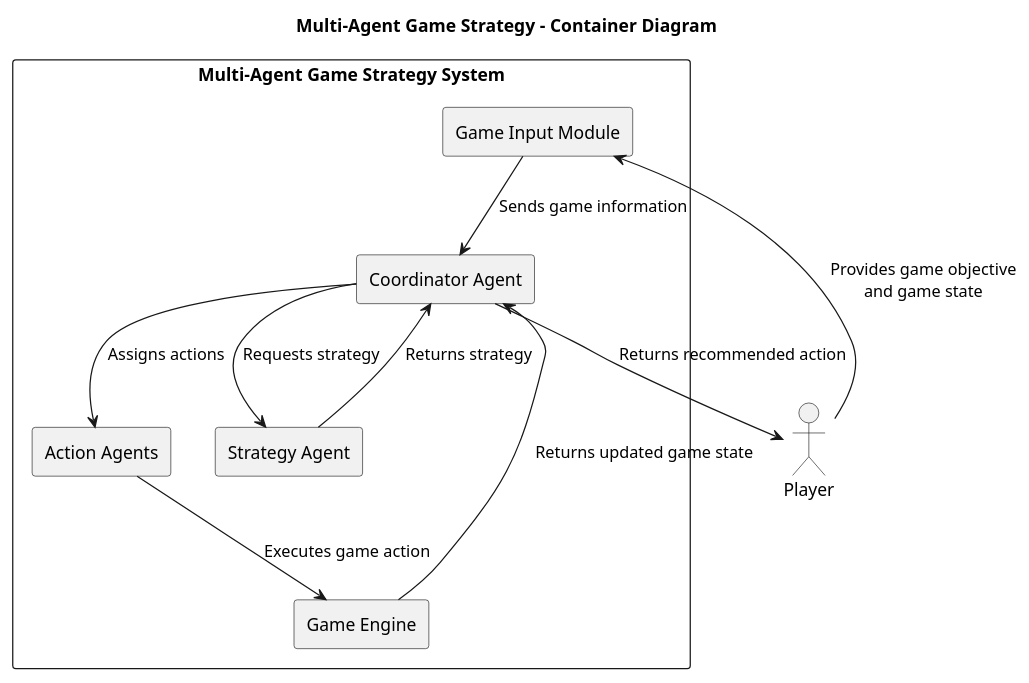
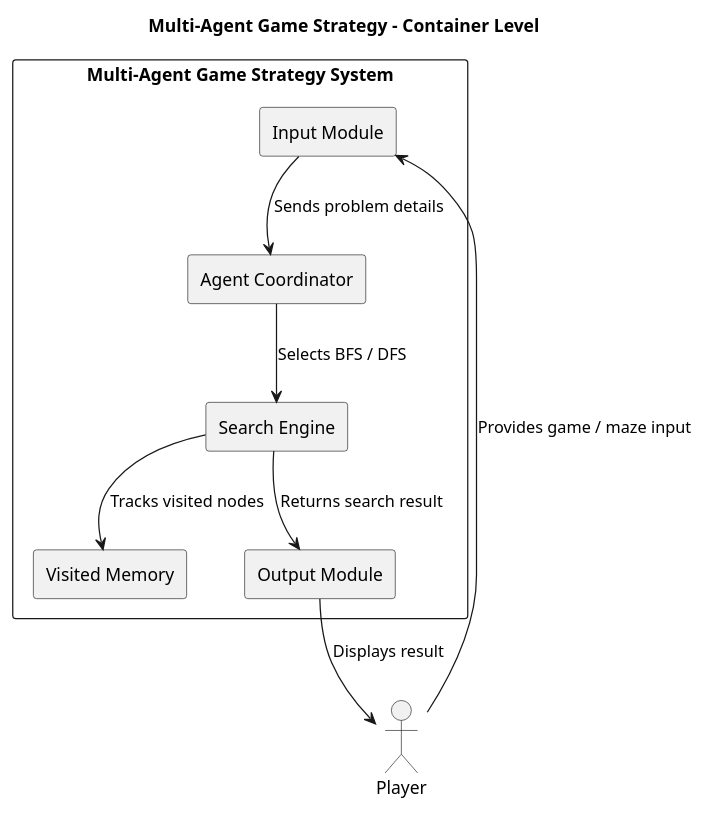
One commit to vaishnavihanchate/ai-agent-portfolio changed the diagram in Multi-Agent-Game-Strategy/diagrams/C4-Container.puml. Above: the diagram before and after it, drawn with PlantUML. The commit also changed 11 other files, not shown here.

```diff
--- a/Multi-Agent-Game-Strategy/diagrams/C4-Container.puml
+++ b/Multi-Agent-Game-Strategy/diagrams/C4-Container.puml
@@ -1,25 +1,27 @@
 @startuml C4-Container
 
-title Multi-Agent Game Strategy - Container Diagram
+title Multi-Agent Game Strategy - Container Level
 
 actor Player
 
-rectangle "Multi-Agent Game Strategy System" {
+rectangle "Multi-Agent Game Strategy System" as System {
 
-    rectangle "Game Input Module" as Input
-    rectangle "Coordinator Agent" as Coordinator
-    rectangle "Strategy Agent" as Strategy
-    rectangle "Action Agents" as Action
-    rectangle "Game Engine" as Engine
+    rectangle "Input Module" as Input
+
+    rectangle "Agent Coordinator" as Agent
+
+    rectangle "Search Engine" as Search
+
+    rectangle "Visited Memory" as Memory
+
+    rectangle "Output Module" as Output
 }
 
-Player --> Input : Provides game objective\nand game state
-Input --> Coordinator : Sends game information
-Coordinator --> Strategy : Requests strategy
-Strategy --> Coordinator : Returns strategy
-Coordinator --> Action : Assigns actions
-Action --> Engine : Executes game action
-Engine --> Coordinator : Returns updated game state
-Coordinator --> Player : Returns recommended action
+Player --> Input : Provides game / maze input
+Input --> Agent : Sends problem details
+Agent --> Search : Selects BFS / DFS
+Search --> Memory : Tracks visited nodes
+Search --> Output : Returns search result
+Output --> Player : Displays result
 
 @enduml
```
